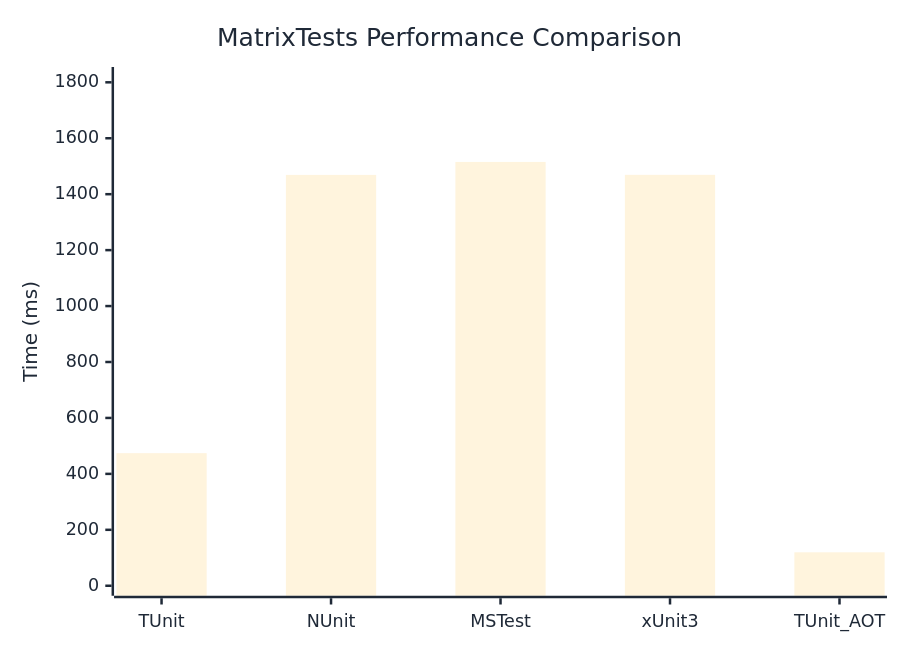
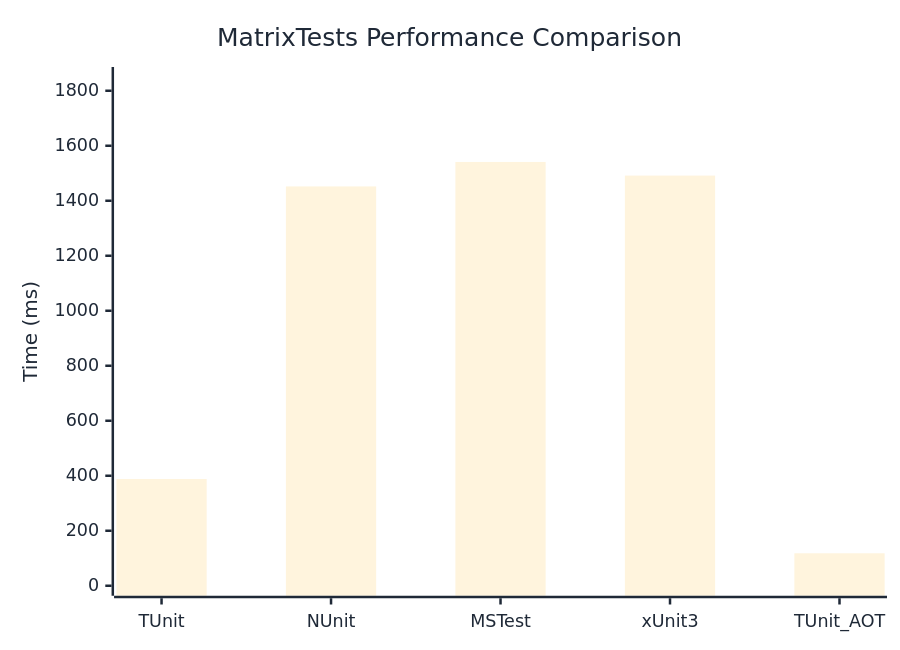
One commit to thomhurst/TUnit changed the diagram in docs/docs/benchmarks/engine/MatrixTests.md. Above: the diagram before and after it, drawn with Mermaid. The commit also changed other lines of this file and 18 other files, not shown here.

````diff
--- a/docs/docs/benchmarks/engine/MatrixTests.md
+++ b/docs/docs/benchmarks/engine/MatrixTests.md
@@ -29,37 +29,37 @@
 ```mermaid
 %%{init: {
   'theme':'base',
   'themeVariables': {
     'primaryColor': '#2563eb',
     'primaryTextColor': '#1f2937',
     'primaryBorderColor': '#1e40af',
     'lineColor': '#6b7280',
     'secondaryColor': '#7c3aed',
     'tertiaryColor': '#dc2626',
     'background': '#ffffff',
     'mainBkg': '#2563eb',
     'secondBkg': '#7c3aed',
     'tertiaryBkg': '#dc2626',
     'clusterBkg': '#f3f4f6',
     'edgeLabelBackground': '#ffffff',
     'tertiaryTextColor': '#1f2937',
     'pie1': '#2563eb',
     'pie2': '#7c3aed',
     'pie3': '#dc2626',
     'pie4': '#f59e0b',
     'pie5': '#10b981',
     'pie6': '#06b6d4',
     'pie7': '#ec4899',
     'pie8': '#6366f1',
     'pie9': '#84cc16',
     'pie10': '#f97316',
     'pie11': '#14b8a6',
     'pie12': '#a855f7'
   }
 }}%%
 xychart-beta
   title "MatrixTests Performance Comparison"
   x-axis ["TUnit", "NUnit", "MSTest", "xUnit3", "TUnit_AOT"]
-  y-axis "Time (ms)" 0 --> 1819
-  bar [474.1, 1468.9, 1515.3, 1469.2, 119.6]
+  y-axis "Time (ms)" 0 --> 1850
+  bar [388.2, 1452.1, 1541.1, 1491.5, 118.1]
 ```
````
